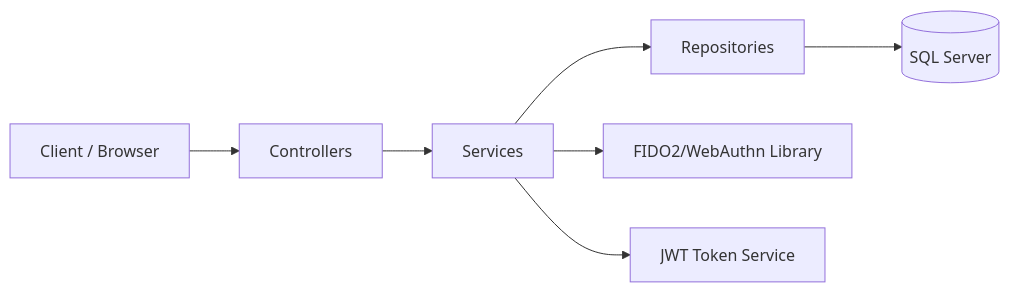
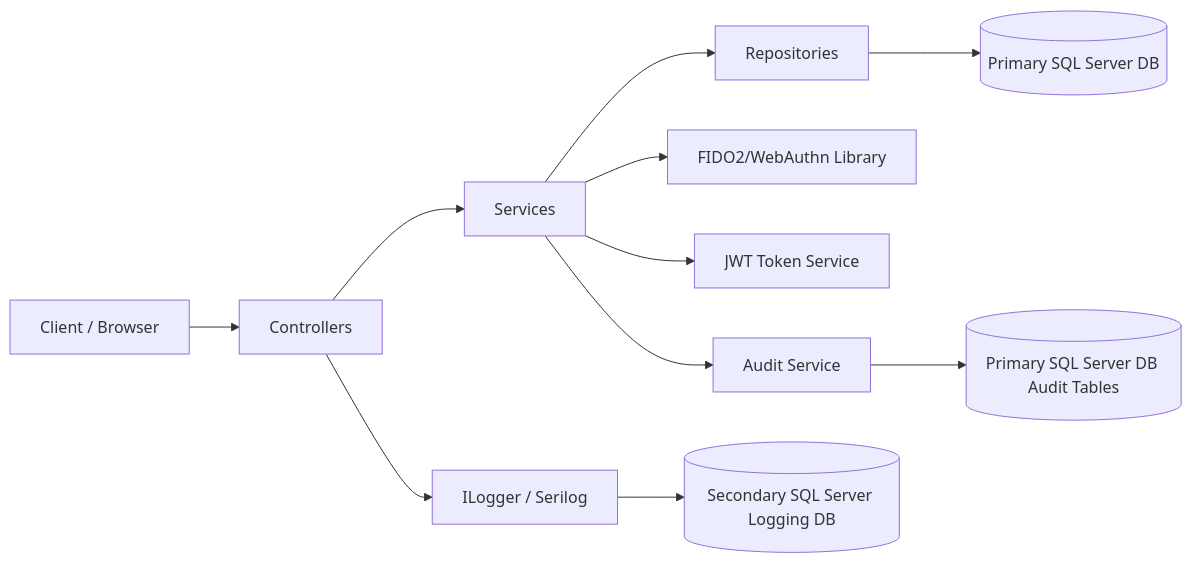
The diagram in Docs/ARCHITECTURE.md (davidrosas0192-cmd/Authentication.MFA), drawn with Mermaid before and after one commit. The commit also changed other lines of this file and 4 other files, not shown here.

````diff
--- a/Docs/ARCHITECTURE.md
+++ b/Docs/ARCHITECTURE.md
@@ -9,9 +9,13 @@
 ```mermaid
 flowchart LR
     Client[Client / Browser] --> Controller[Controllers]
     Controller --> Service[Services]
     Service --> Repo[Repositories]
-    Repo --> Db[(SQL Server)]
+    Repo --> Db[(Primary SQL Server DB)]
     Service --> Fido2[FIDO2/WebAuthn Library]
     Service --> Token[JWT Token Service]
+    Service --> AuditSvc[Audit Service]
+    AuditSvc --> AuditDb[(Primary SQL Server DB Audit Tables)]
+    Controller --> Logger[ILogger / Serilog]
+    Logger --> LogDb[(Secondary SQL Server Logging DB)]
 ```
````
